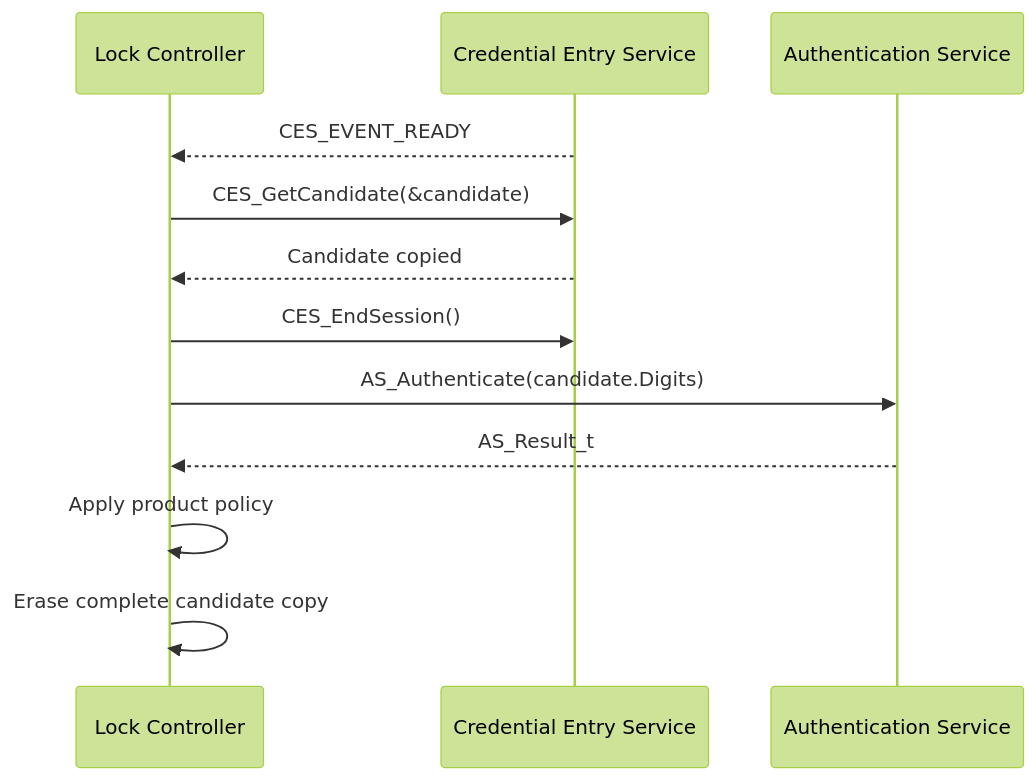
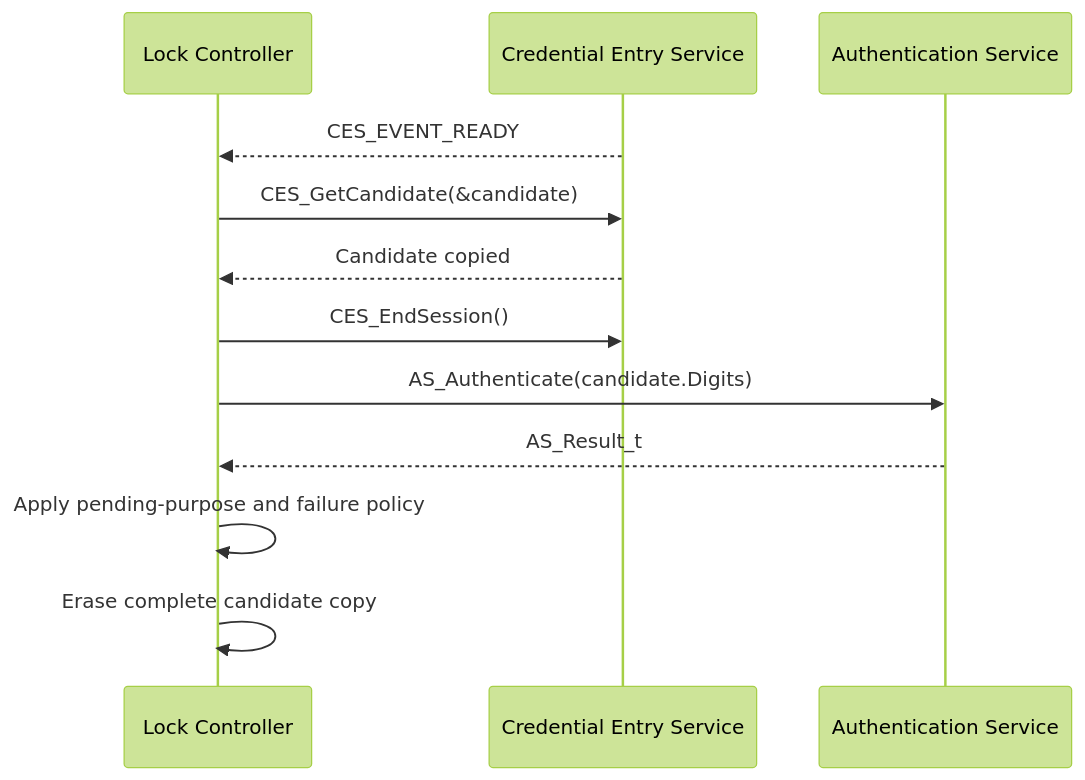
One commit to JP-REY/STM32F103C8T6-Based-Electronic-Lock changed the third of 3 diagrams in Libs/Services/Authentication/README.md. Above: the diagram before and after it, drawn with Mermaid (forest theme). The commit also changed other lines of this file and 6 other files, not shown here.

First line of the commit message:
feature(lock-control): add credential register state and authorization flow

````diff
--- a/Libs/Services/Authentication/README.md
+++ b/Libs/Services/Authentication/README.md
@@ -393,15 +395,15 @@
 ```mermaid
 sequenceDiagram
     participant CTRL as Lock Controller
     participant CES as Credential Entry Service
     participant AUTH as Authentication Service
 
     CES-->>CTRL: CES_EVENT_READY
     CTRL->>CES: CES_GetCandidate(&candidate)
     CES-->>CTRL: Candidate copied
     CTRL->>CES: CES_EndSession()
     CTRL->>AUTH: AS_Authenticate(candidate.Digits)
     AUTH-->>CTRL: AS_Result_t
-    CTRL->>CTRL: Apply product policy
+    CTRL->>CTRL: Apply pending-purpose and failure policy
     CTRL->>CTRL: Erase complete candidate copy
 ```
````
